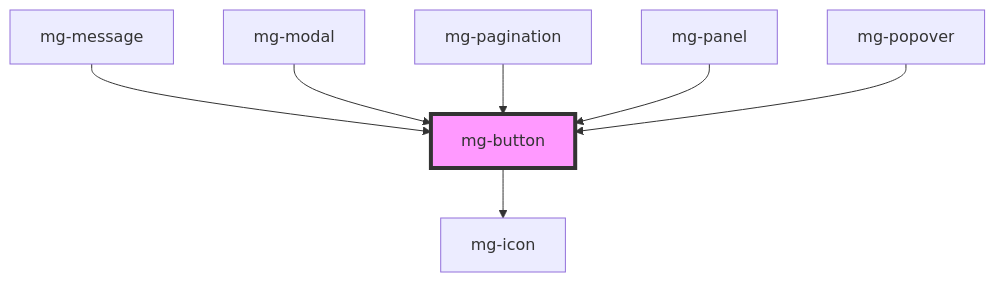
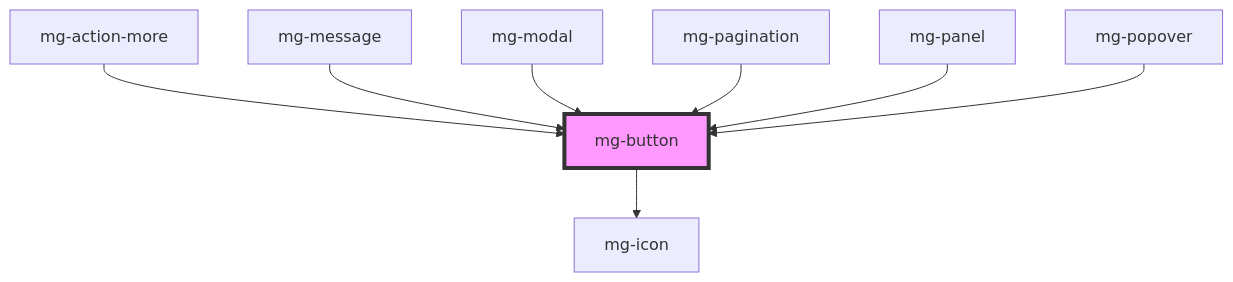
One commit to MGDIS/mg-components changed the diagram in src/components/atoms/mg-button/readme.md. Above: the diagram before and after it, drawn with Mermaid. The commit also changed other lines of this file and 27 other files, not shown here.

First line of the commit message:
feat(mgActionMore): implement mg-action-more in mg-action-menu

````diff
--- a/src/components/atoms/mg-button/readme.md
+++ b/src/components/atoms/mg-button/readme.md
@@ -91,10 +92,11 @@
 ```mermaid
 graph TD;
   mg-button --> mg-icon
+  mg-action-more --> mg-button
   mg-message --> mg-button
   mg-modal --> mg-button
   mg-pagination --> mg-button
   mg-panel --> mg-button
   mg-popover --> mg-button
   style mg-button fill:#f9f,stroke:#333,stroke-width:4px
 ```
````
